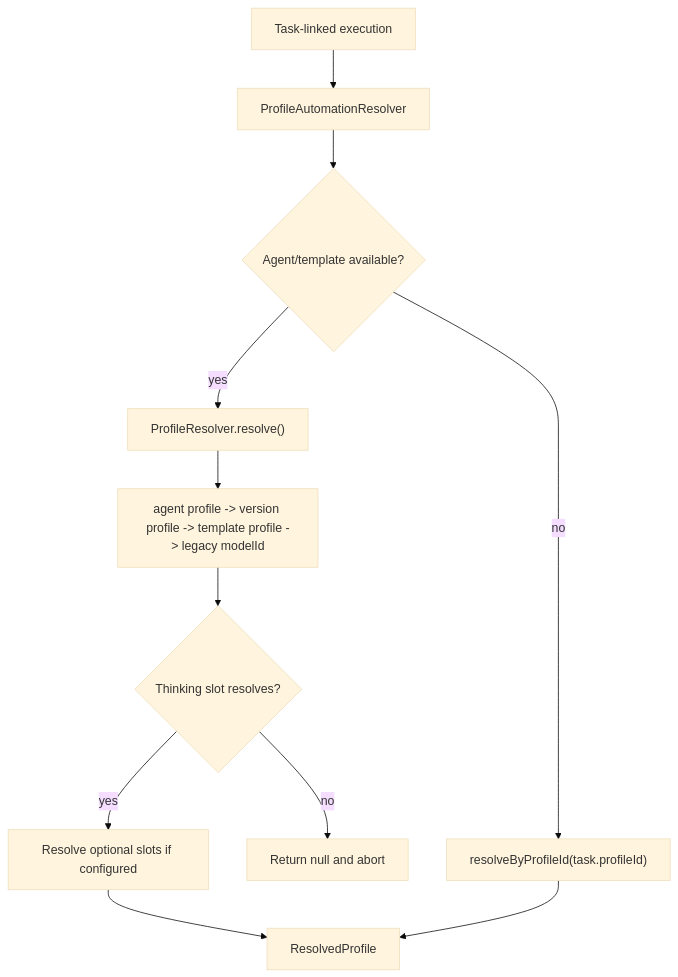
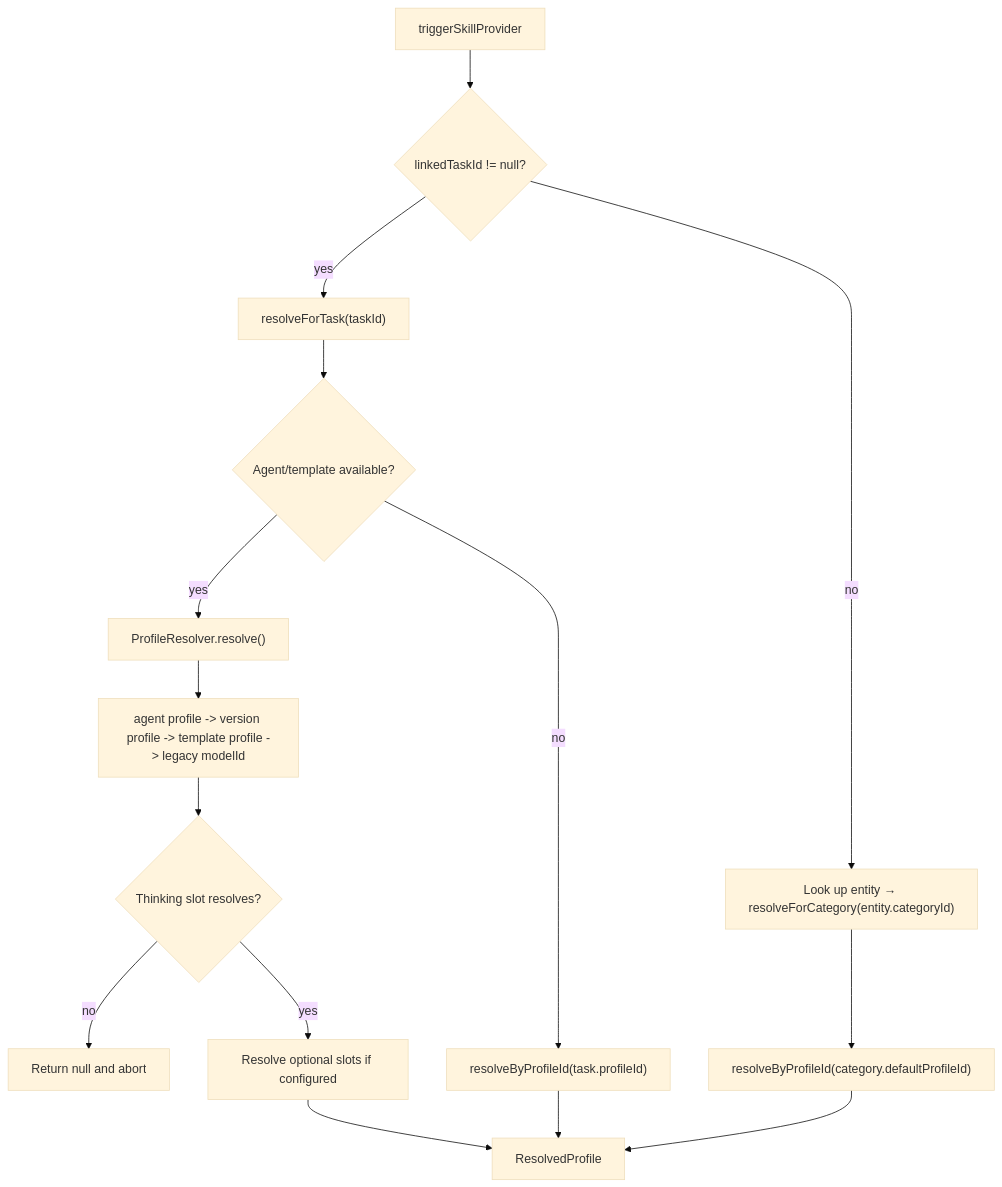
The fourth of 6 diagrams in lib/features/ai/README.md (matthiasn/lotti), drawn with Mermaid (base theme) before and after one commit. The commit also changed other lines of this file and 13 other files, not shown here.

````diff
--- a/lib/features/ai/README.md
+++ b/lib/features/ai/README.md
@@ -168,14 +178,21 @@
 ```mermaid
 flowchart TD
-  Task["Task-linked execution"] --> AutoResolve["ProfileAutomationResolver"]
-  AutoResolve --> AgentPath{"Agent/template available?"}
+  Trigger["triggerSkillProvider"] --> HasTask{"linkedTaskId != null?"}
+
+  HasTask -->|yes| TaskBranch["resolveForTask(taskId)"]
+  HasTask -->|no| CategoryBranch["Look up entity → resolveForCategory(entity.categoryId)"]
+
+  TaskBranch --> AgentPath{"Agent/template available?"}
   AgentPath -->|yes| ProfileResolve["ProfileResolver.resolve()"]
   AgentPath -->|no| TaskProfile["resolveByProfileId(task.profileId)"]
+
+  CategoryBranch --> CategoryProfile["resolveByProfileId(category.defaultProfileId)"]
 
   ProfileResolve --> Chain["agent profile -> version profile -> template profile -> legacy modelId"]
   Chain --> Thinking{"Thinking slot resolves?"}
   Thinking -->|no| Abort["Return null and abort"]
   Thinking -->|yes| Optional["Resolve optional slots if configured"]
   Optional --> Result["ResolvedProfile"]
   TaskProfile --> Result
+  CategoryProfile --> Result
 ```
````
